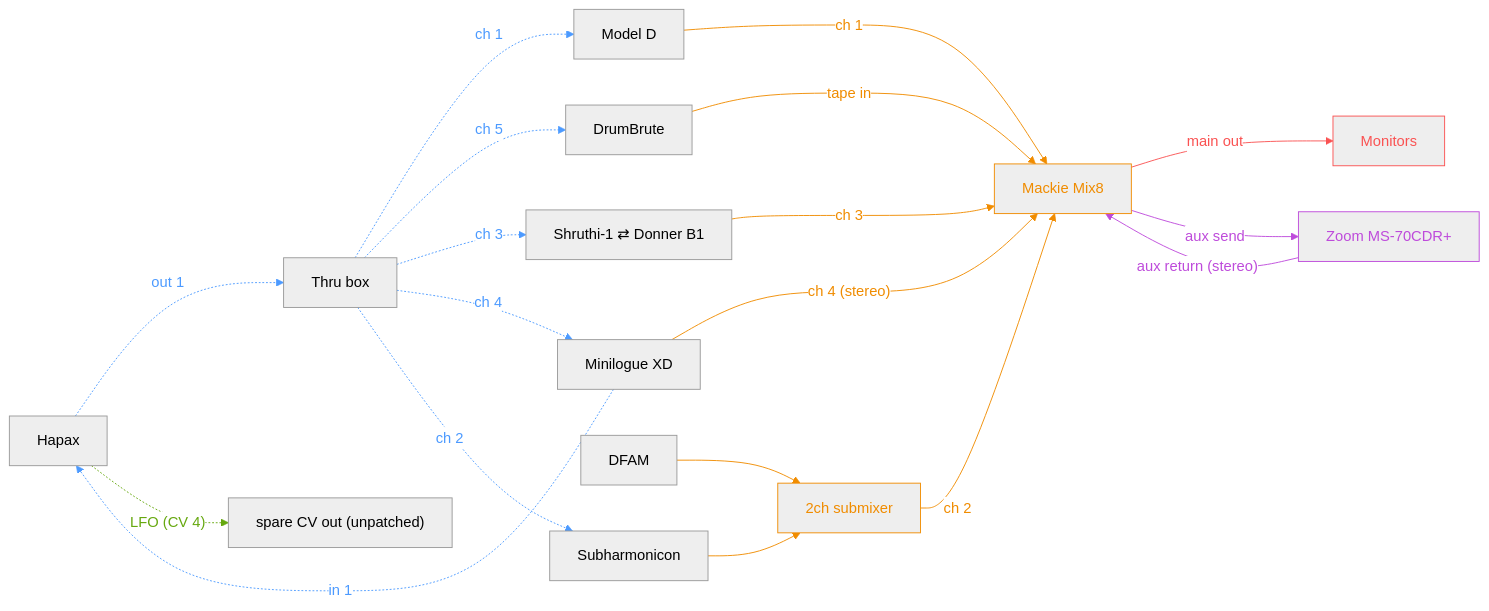
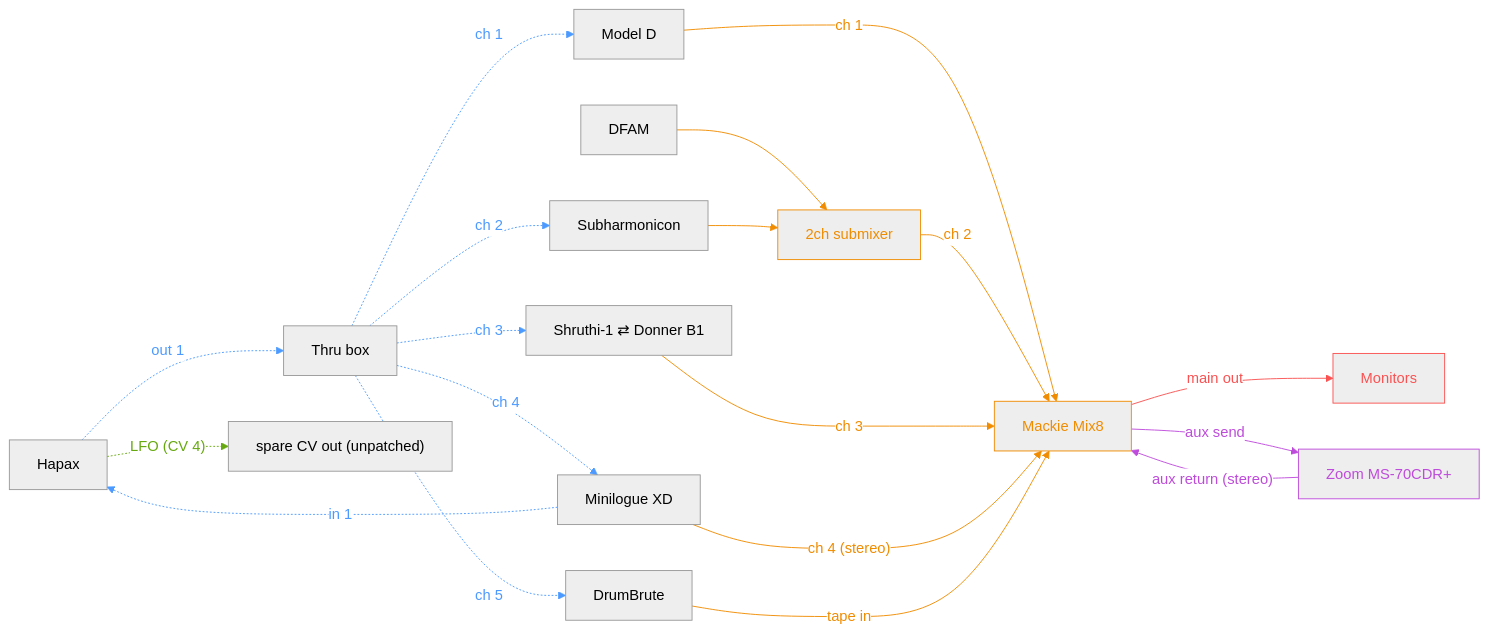
One commit to saponace/synth-setup changed the diagram in README.md. Above: the diagram before and after it, drawn with Mermaid.

Commit message:
Order synths top-to-bottom by channel number (ch1-5)
Replaced the shared dummy PAD node with invisible anchors straight to
the real SUBMIX node. The dummy-node approach kept the six synths in
one column but scrambled their vertical order (dagre's ordering pass
reacted unpredictably to a hub node with four converging invisible
edges); anchoring directly to SUBMIX preserves the column alignment
and lets the synths land in clean ch1-5 top-to-bottom order, with DFAM
sitting naturally next to its submixer partner.

````diff
--- a/README.md
+++ b/README.md
@@ -1,75 +1,71 @@
 ```mermaid
 ---
 config:
   theme: neutral
 ---
 flowchart LR
     %% ----- One color per connection group -----
     classDef midi stroke:#4c9aff,color:#4c9aff
     classDef cv stroke:#66a80f,color:#66a80f
     classDef mixer stroke:#f08c00,color:#f08c00
     classDef fx stroke:#be4bdb,color:#be4bdb
     classDef monitoring stroke:#fa5252,color:#fa5252
 
     %% ===== Sequencer brain =====
     HAPAX["Hapax"]
     SPLIT["Thru box"]
     SPARECV["spare CV out (unpatched)"]
 
     %% ===== Synths =====
     MODELD["Model D"]
+    SUBH["Subharmonicon"]
     SWAP["Shruthi-1 ⇄ Donner B1"]
     XD["Minilogue XD"]
     DBI["DrumBrute"]
     DFAM["DFAM"]
-    SUBH["Subharmonicon"]
 
     %% ===== Mixer / send  =====
     SUBMIX["2ch submixer"]:::mixer
     MIX["Mackie Mix8"]:::mixer
     MON["Monitors"]:::monitoring
     ZOOM["Zoom MS-70CDR+"]:::fx
 
-    %% invisible alignment aid: keeps the direct-to-mixer synths from
-    %% drifting a column later than DFAM/Subharmonicon (whose longer
-    %% path via the submixer otherwise pulls Mackie Mix8 further out)
-    PAD[" "]
-    style PAD fill:none,stroke:none
-
     %% ----- MIDI links -----
     HAPAX midi0@-. "out 1" .-> SPLIT
     SPLIT midi1@-. "ch 1" .-> MODELD
-    SPLIT midi2@-. "ch 5" .-> DBI
+    SPLIT midi5@-. "ch 2" .-> SUBH
     SPLIT midi3@-. "ch 3" .-> SWAP
     SPLIT midi4@-. "ch 4" .-> XD
-    SPLIT midi5@-. "ch 2" .-> SUBH
+    SPLIT midi2@-. "ch 5" .-> DBI
     XD midi6@-. "in 1" .-> HAPAX
     class midi0,midi1,midi2,midi3,midi4,midi5,midi6 midi
 
     %% ----- CV links (pitch/mod) -----
     HAPAX cv1@-. "LFO (CV 4)" .-> SPARECV
     class cv1 cv
 
     %% ----- Audio links -----
+    %% (the ~~~ invisible links anchor each direct-to-mixer synth to
+    %% the submixer's rank/column, keeping all six synths aligned since
+    %% DFAM/Subharmonicon's longer path via the submixer would otherwise
+    %% pull Mackie Mix8 further out and split the column)
+    MODELD ~~~ SUBMIX
     DFAM audio1@--> SUBMIX
+    MODELD audio3@-- "ch 1" --> MIX
     SUBH audio2@--> SUBMIX
-    MODELD audio3@-- "ch 1" --> MIX
     SUBMIX audio4@-- "ch 2" --> MIX
     SWAP audio5@-- "ch 3" --> MIX
     XD audio6@-- "ch 4 (stereo)" --> MIX
     DBI audio7@-- "tape in" --> MIX
+    SWAP ~~~ SUBMIX
+    XD ~~~ SUBMIX
+    DBI ~~~ SUBMIX
     class audio1,audio2,audio3,audio4,audio5,audio6,audio7 mixer
-
-    MODELD ~~~ PAD
-    SWAP ~~~ PAD
-    XD ~~~ PAD
-    DBI ~~~ PAD
-    PAD ~~~ MIX
 
     MIX out@-- "main out" --> MON
     class out monitoring
 
     MIX fxSend@-- "aux send" --> ZOOM
     ZOOM fxReturn@-- "aux return (stereo)" --> MIX
     class fxSend,fxReturn fx
 ```
````
